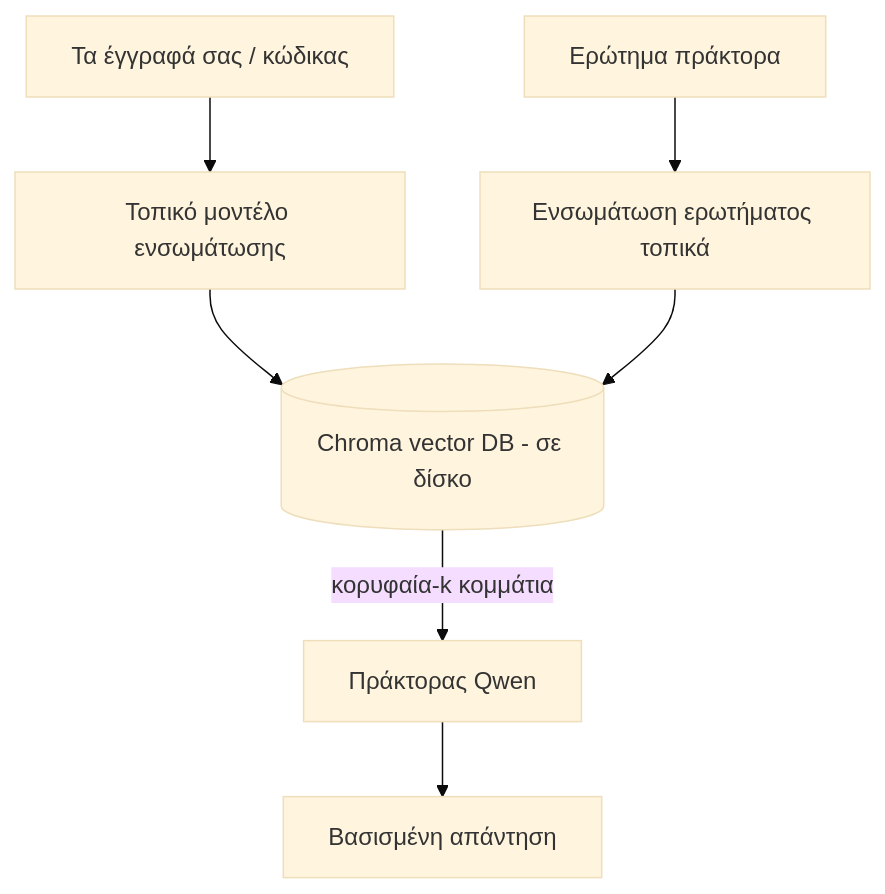
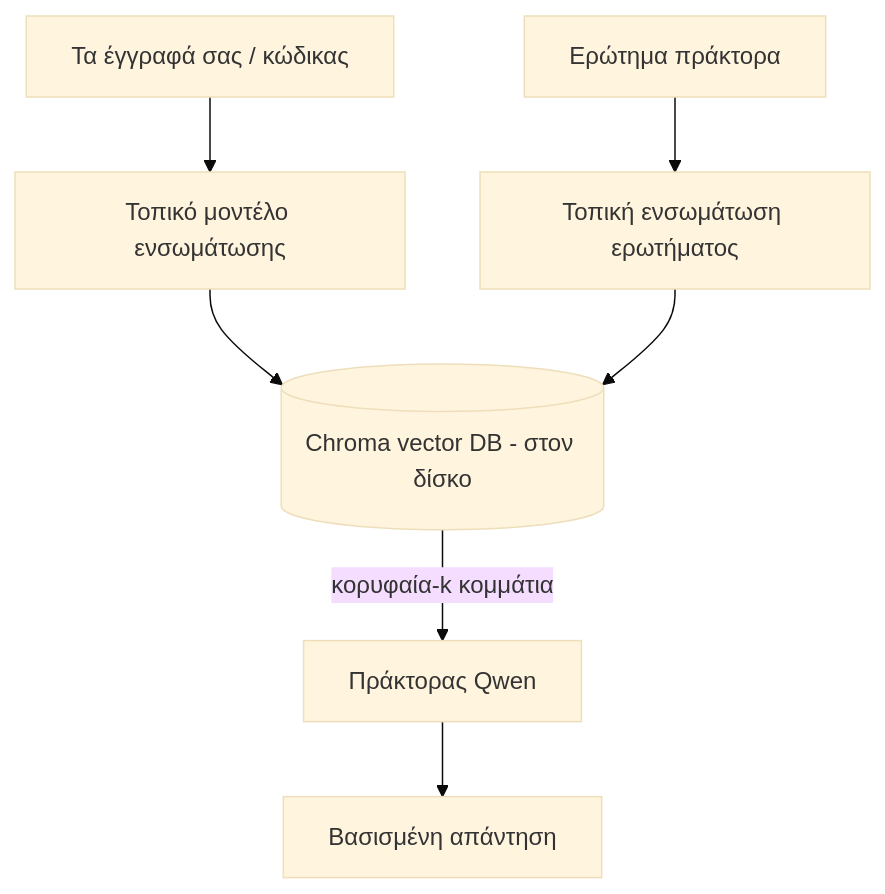
Before and after one commit to gabrielmoreira/agent-skills-mirror: the third of 4 diagrams in mirrors/repos/microsoft@ai-agents-for-beginners/translations/el/17-creating-local-ai-agents/README.md, drawn with Mermaid (base theme). The commit also changed other lines of this file and 4262 other files, not shown here.

````diff
--- a/mirrors/repos/microsoft@ai-agents-for-beginners/translations/el/17-creating-local-ai-agents/README.md
+++ b/mirrors/repos/microsoft@ai-agents-for-beginners/translations/el/17-creating-local-ai-agents/README.md
@@ -125,9 +125,9 @@
 ```mermaid
 flowchart TB
     D[Τα έγγραφά σας / κώδικας] --> E[Τοπικό μοντέλο ενσωμάτωσης]
-    E --> V[(Chroma vector DB - σε δίσκο)]
-    Q[Ερώτημα πράκτορα] --> QE[Ενσωμάτωση ερωτήματος τοπικά]
+    E --> V[(Chroma vector DB - στον δίσκο)]
+    Q[Ερώτημα πράκτορα] --> QE[Τοπική ενσωμάτωση ερωτήματος]
     QE --> V
     V -->|κορυφαία-k κομμάτια| A[Πράκτορας Qwen]
     A --> Ans[Βασισμένη απάντηση]
 ```
````
